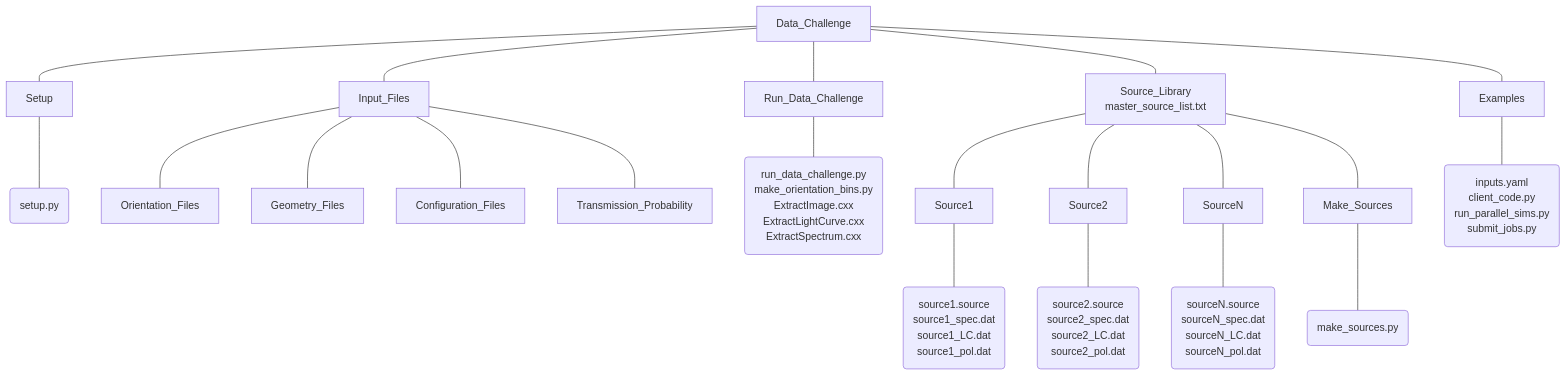
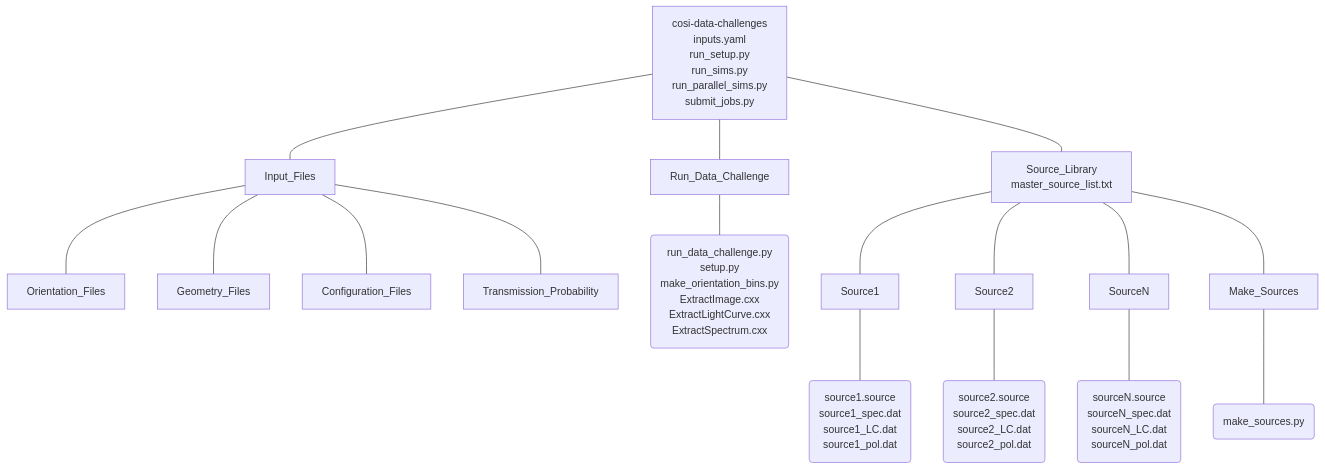
Before and after one commit to hiyoneda/cosi-data-challenges-IPMU: the diagram in README.md, drawn with Mermaid. The commit also changed other lines of this file, not shown here.

````diff
--- a/README.md
+++ b/README.md
@@ -18,20 +18,18 @@
 ```mermaid
 %%{init: {'theme':'default'}}%%
 graph TD;
-    A[Data_Challenge] --- B[Setup] & C[Input_Files] & D[Run_Data_Challenge] & E[Source_Library<br>master_source_list.txt] & F[Examples];
-    B --- Ba(setup.py);
+    A[cosi-data-challenges<br>inputs.yaml<br>run_setup.py<br>run_sims.py<br>run_parallel_sims.py<br>submit_jobs.py] --- C[Input_Files] & D[Run_Data_Challenge] & E[Source_Library<br>master_source_list.txt];
     C --- Ca["Orientation_Files"];
     C --- Cb[Geometry_Files];
     C --- Cd[Configuration_Files];
     C --- Ce["Transmission_Probability"];
-    D --- Da(run_data_challenge.py<br>make_orientation_bins.py<br>ExtractImage.cxx<br>ExtractLightCurve.cxx<br>ExtractSpectrum.cxx);
+    D --- Da(run_data_challenge.py<br>setup.py<br>make_orientation_bins.py<br>ExtractImage.cxx<br>ExtractLightCurve.cxx<br>ExtractSpectrum.cxx);
     E --- Ea[Source1];
     E --- Eb[Source2];
     E --- Ec[SourceN];
     E --- Ed[Make_Sources];
     Ea --- Eaa(source1.source<br>source1_spec.dat<br>source1_LC.dat<br>source1_pol.dat);
     Eb --- Ebb(source2.source<br>source2_spec.dat<br>source2_LC.dat<br>source2_pol.dat);
     Ec --- Ecc(sourceN.source<br>sourceN_spec.dat<br>sourceN_LC.dat<br>sourceN_pol.dat);
     Ed --- Edd(make_sources.py);
-    F --- Fa(inputs.yaml<br>client_code.py<br>run_parallel_sims.py<br>submit_jobs.py);
 ```
````
